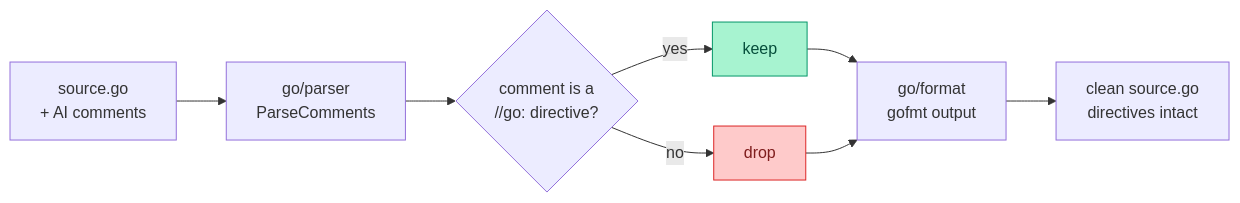
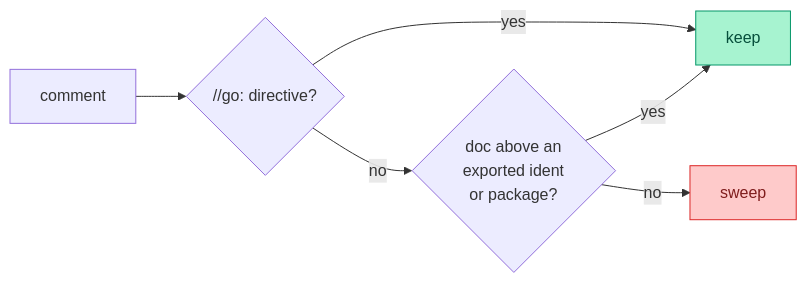
One commit to cristian-sima/stripcomments changed the diagram in README.md. Above: the diagram before and after it, drawn with Mermaid. The commit also changed other lines of this file and 5 other files, not shown here.

Commit message:
feat: preserve exported + package doc by default, add -drop-exported/-drop-package

````diff
--- a/README.md
+++ b/README.md
@@ -29,15 +36,13 @@
 ```mermaid
 flowchart LR
-    A["source.go<br/>+ AI comments"] --> B["go/parser<br/>ParseComments"]
-    B --> C{comment is a<br/>//go: directive?}
-    C -->|yes| K["keep"]
-    C -->|no| D["drop"]
-    K --> E["go/format<br/>gofmt output"]
-    D --> E
-    E --> F["clean source.go<br/>directives intact"]
+    A["comment"] --> B{//go: directive?}
+    B -->|yes| K["keep"]
+    B -->|no| C{doc above an<br/>exported ident<br/>or package?}
+    C -->|yes| K
+    C -->|no| D["sweep"]
 
     classDef keep fill:#a7f3d0,stroke:#059669,color:#064e3b;
     classDef drop fill:#fecaca,stroke:#dc2626,color:#7f1d1d;
     class K keep;
     class D drop;
 ```
````
